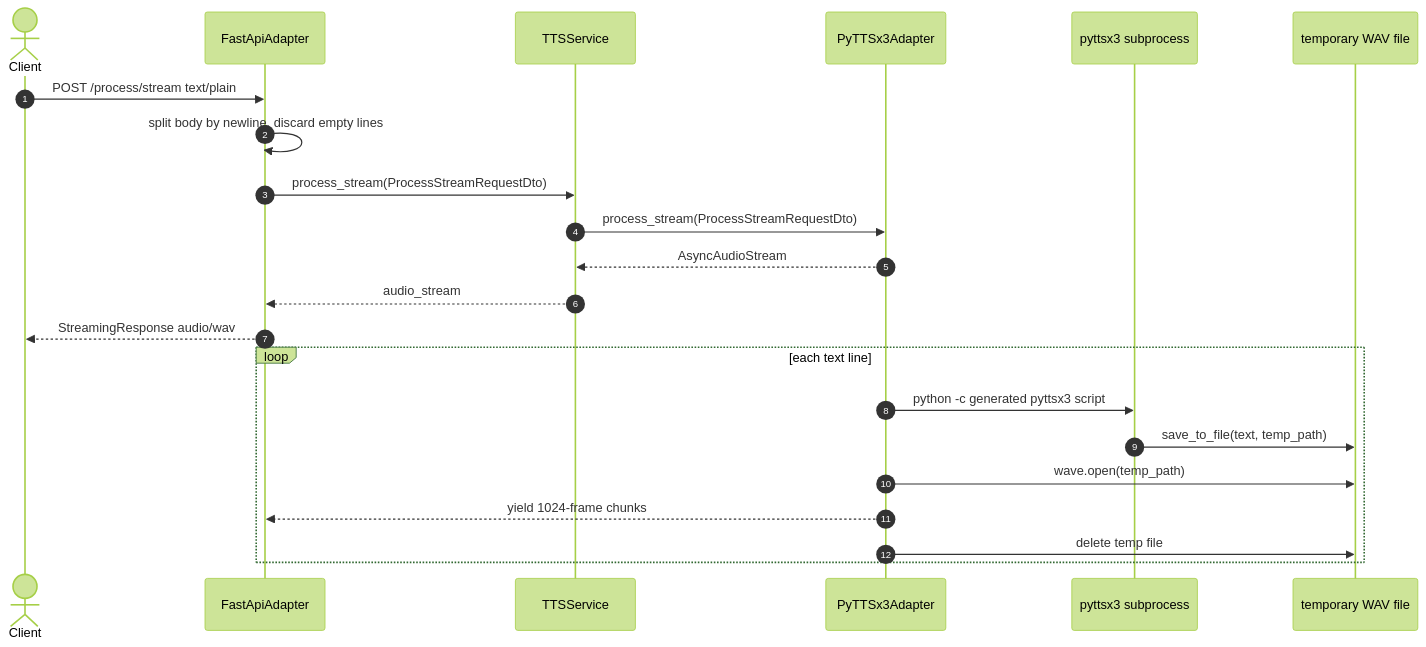
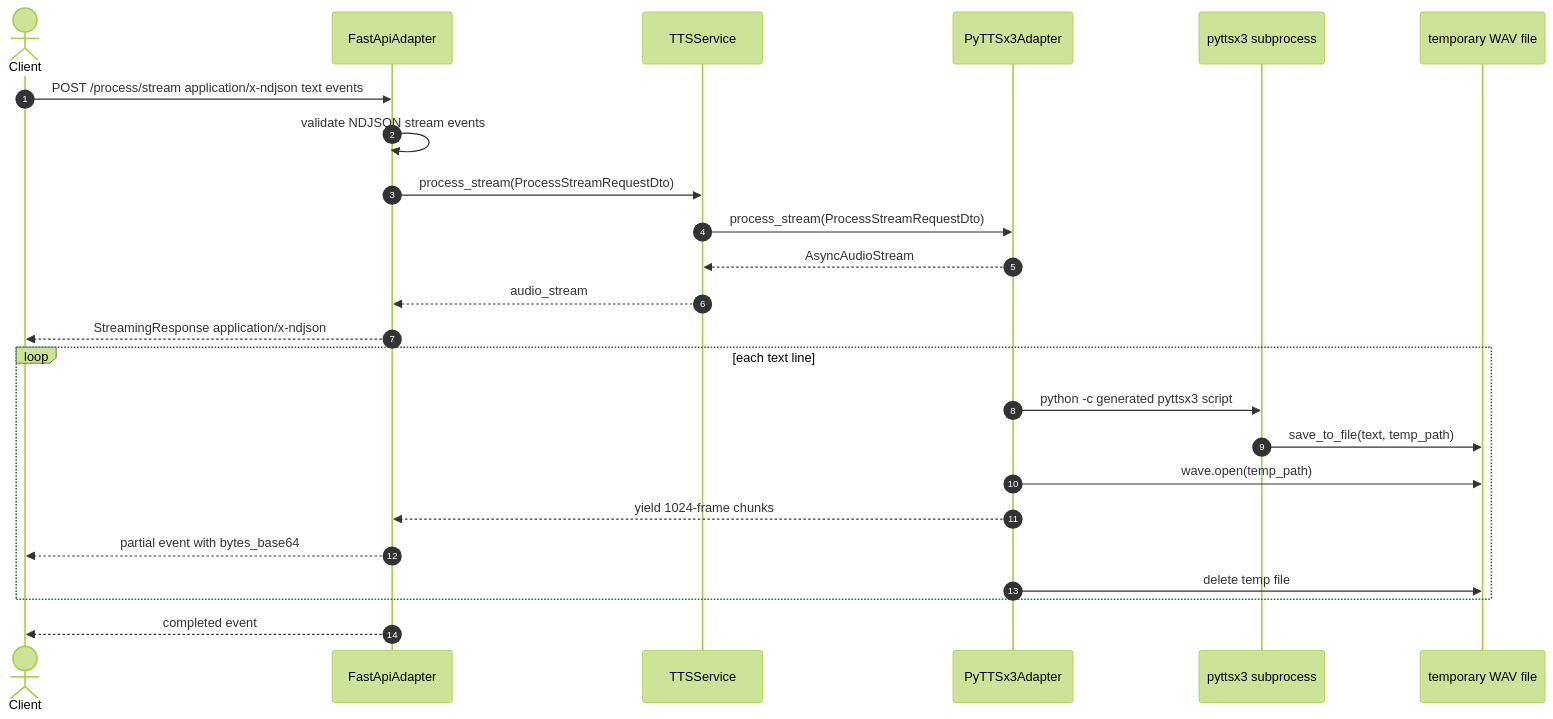
Before and after one commit to DanielCalvo-Calvicia/tts_microservice: the third of 3 diagrams in README.md, drawn with Mermaid (forest theme). The commit also changed other lines of this file and 17 other files, not shown here.

````diff
--- a/README.md
+++ b/README.md
@@ -208,26 +253,28 @@
 ```mermaid
 sequenceDiagram
     autonumber
     actor Client
     participant HTTP as FastApiAdapter
     participant Service as TTSService
     participant TTS as PyTTSx3Adapter
     participant Proc as pyttsx3 subprocess
     participant WAV as temporary WAV file
 
-    Client->>HTTP: POST /process/stream text/plain
-    HTTP->>HTTP: split body by newline, discard empty lines
+    Client->>HTTP: POST /process/stream application/x-ndjson text events
+    HTTP->>HTTP: validate NDJSON stream events
     HTTP->>Service: process_stream(ProcessStreamRequestDto)
     Service->>TTS: process_stream(ProcessStreamRequestDto)
     TTS-->>Service: AsyncAudioStream
     Service-->>HTTP: audio_stream
-    HTTP-->>Client: StreamingResponse audio/wav
+    HTTP-->>Client: StreamingResponse application/x-ndjson
 
     loop each text line
         TTS->>Proc: python -c generated pyttsx3 script
         Proc->>WAV: save_to_file(text, temp_path)
         TTS->>WAV: wave.open(temp_path)
         TTS-->>HTTP: yield 1024-frame chunks
+        HTTP-->>Client: partial event with bytes_base64
         TTS->>WAV: delete temp file
     end
+    HTTP-->>Client: completed event
 ```
````
